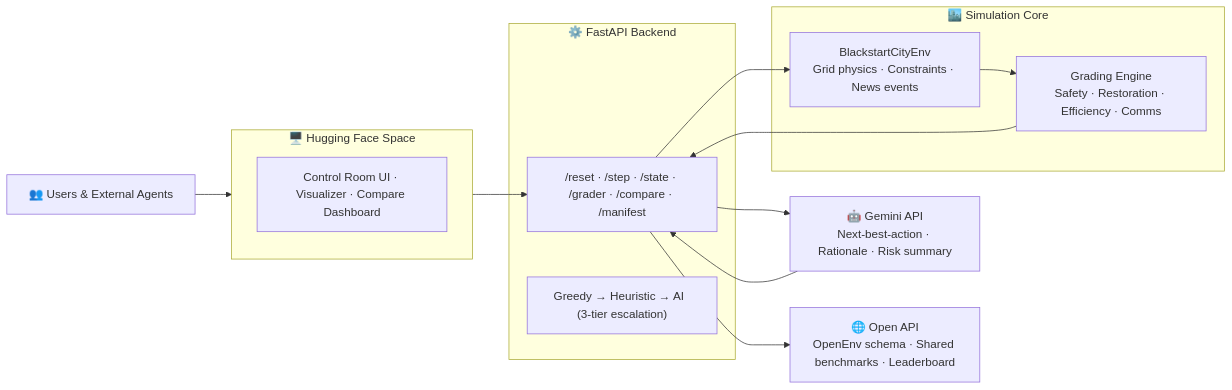
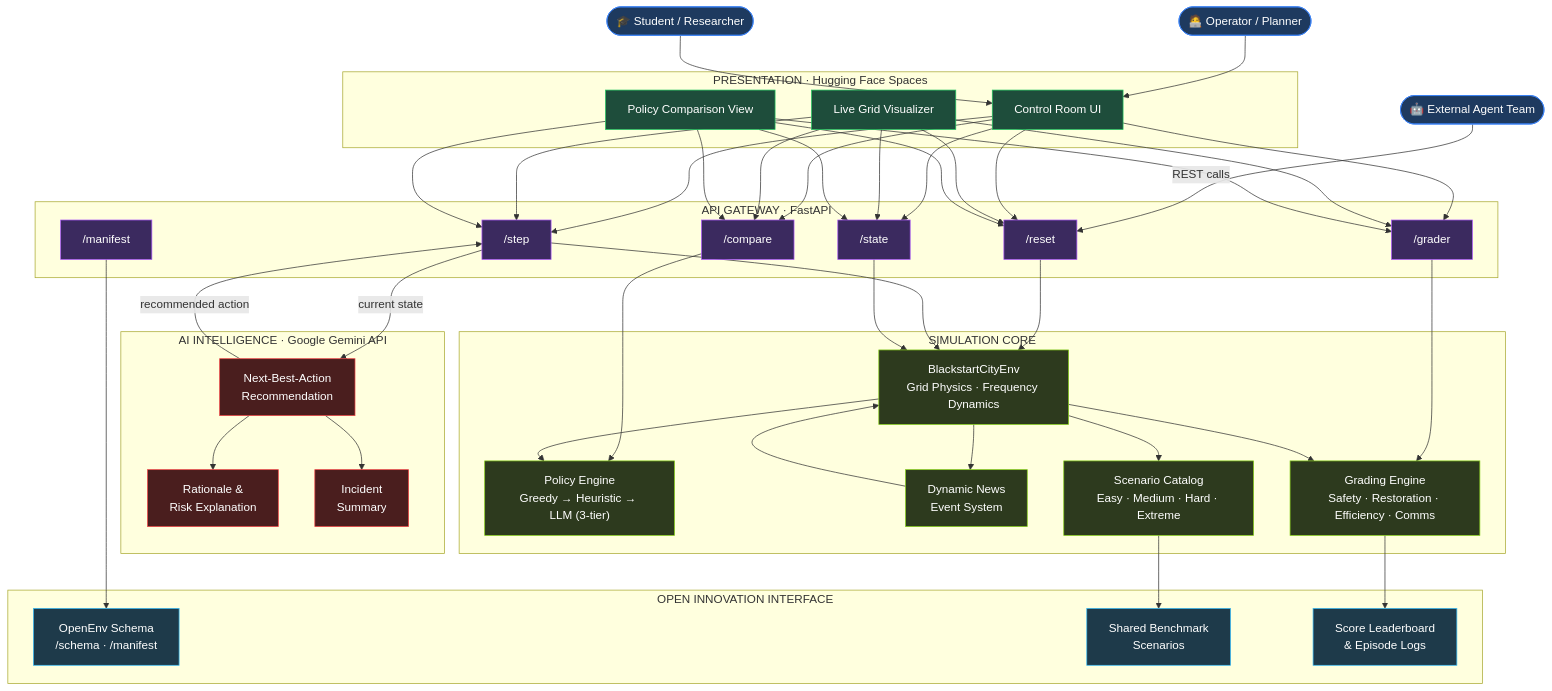
Before and after one commit to Ankitpatil944/blackout-city: the diagram in README.md, drawn with Mermaid.

Commit message:
docs: proper layered architecture diagram with styled components
Made-with: Cursor

````diff
--- a/README.md
+++ b/README.md
@@ -68,30 +68,79 @@
 ```mermaid
-flowchart LR
-    U["👥 Users & External Agents"] --> HF
+flowchart TD
+    classDef user     fill:#1e3a5f,stroke:#3b82f6,color:#fff
+    classDef ui       fill:#1e4d3b,stroke:#22c55e,color:#fff
+    classDef api      fill:#3b2a5f,stroke:#a855f7,color:#fff
+    classDef ai       fill:#4a1e1e,stroke:#ef4444,color:#fff
+    classDef sim      fill:#2d3a1e,stroke:#84cc16,color:#fff
+    classDef open     fill:#1e3a4a,stroke:#38bdf8,color:#fff
 
-    subgraph HF["🖥️ Hugging Face Space"]
-        UI["Control Room UI · Visualizer · Compare Dashboard"]
+    %% ── USER LAYER ──────────────────────────────────────────
+    U1(["🧑‍💻 Operator / Planner"]):::user
+    U2(["🎓 Student / Researcher"]):::user
+    U3(["🤖 External Agent Team"]):::user
+
+    %% ── PRESENTATION LAYER ──────────────────────────────────
+    subgraph PRES["  PRESENTATION  ·  Hugging Face Spaces  "]
+        UI["Control Room UI"]:::ui
+        VIZ["Live Grid Visualizer"]:::ui
+        CMP["Policy Comparison View"]:::ui
     end
 
-    HF --> API
-
-    subgraph BE["⚙️ FastAPI Backend"]
-        API["/reset · /step · /state · /grader · /compare · /manifest"]
-        TIER["Greedy → Heuristic → AI  (3-tier escalation)"]
+    %% ── API GATEWAY ─────────────────────────────────────────
+    subgraph GATE["  API GATEWAY  ·  FastAPI  "]
+        RST["/reset"]:::api
+        STP["/step"]:::api
+        STT["/state"]:::api
+        GRD["/grader"]:::api
+        CMP2["/compare"]:::api
+        MNF["/manifest"]:::api
     end
 
-    API --> GEM
-    API --> ENV
-
-    GEM["🤖 Gemini API\nNext-best-action · Rationale · Risk summary"]
-
-    subgraph SIM["🏙️ Simulation Core"]
-        ENV["BlackstartCityEnv\nGrid physics · Constraints · News events"]
-        GRADE["Grading Engine\nSafety · Restoration · Efficiency · Comms"]
+    %% ── AI INTELLIGENCE LAYER ───────────────────────────────
+    subgraph AILY["  AI INTELLIGENCE  ·  Google Gemini API  "]
+        REC["Next-Best-Action\nRecommendation"]:::ai
+        RAT["Rationale &\nRisk Explanation"]:::ai
+        SUM["Incident\nSummary"]:::ai
     end
 
-    ENV --> GRADE --> API
-    GEM --> API
+    %% ── SIMULATION CORE ─────────────────────────────────────
+    subgraph CORE["  SIMULATION CORE  "]
+        ENV["BlackstartCityEnv\nGrid Physics · Frequency Dynamics"]:::sim
+        POL["Policy Engine\nGreedy → Heuristic → LLM (3-tier)"]:::sim
+        NEWS["Dynamic News\nEvent System"]:::sim
+        SCN["Scenario Catalog\nEasy · Medium · Hard · Extreme"]:::sim
+        GRD2["Grading Engine\nSafety · Restoration · Efficiency · Comms"]:::sim
+    end
 
-    API --> OI["🌐 Open API\nOpenEnv schema · Shared benchmarks · Leaderboard"]
+    %% ── OPEN INNOVATION LAYER ───────────────────────────────
+    subgraph OI["  OPEN INNOVATION INTERFACE  "]
+        SCH["OpenEnv Schema\n/schema · /manifest"]:::open
+        BNC["Shared Benchmark\nScenarios"]:::open
+        LDB["Score Leaderboard\n& Episode Logs"]:::open
+    end
+
+    %% ── CONNECTIONS ─────────────────────────────────────────
+    U1 & U2 --> UI
+    U3 -->|REST calls| RST
+
+    UI & VIZ & CMP --> RST & STP & STT & GRD & CMP2
+
+    RST & STP --> ENV
+    STT --> ENV
+    GRD --> GRD2
+    CMP2 --> POL
+
+    ENV --> NEWS --> ENV
+    ENV --> SCN
+    ENV --> GRD2
+    ENV --> POL
+
+    STP -->|current state| REC
+    REC --> RAT
+    REC --> SUM
+    REC -->|recommended action| STP
+
+    MNF --> SCH
+    GRD2 --> LDB
+    SCN --> BNC
 ```
````
